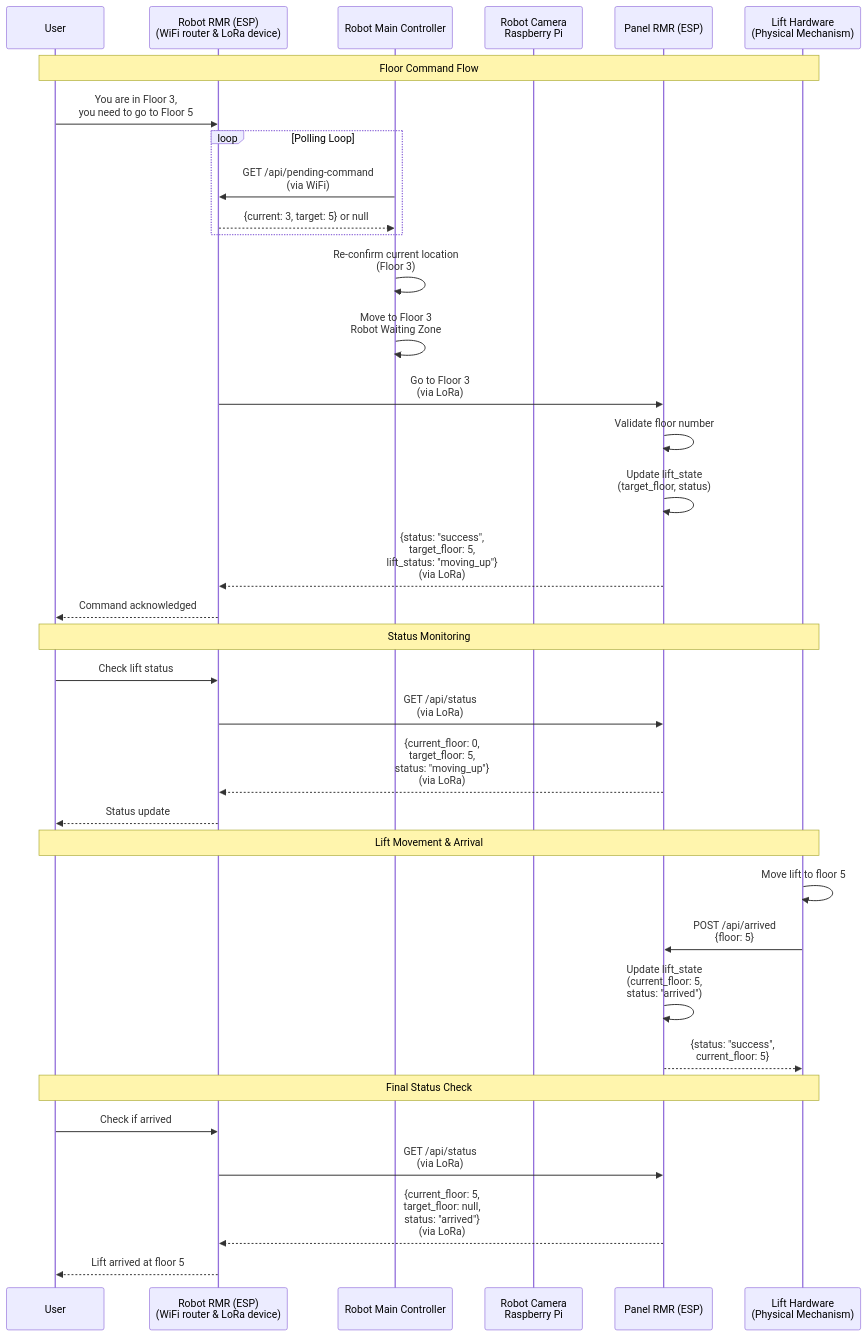
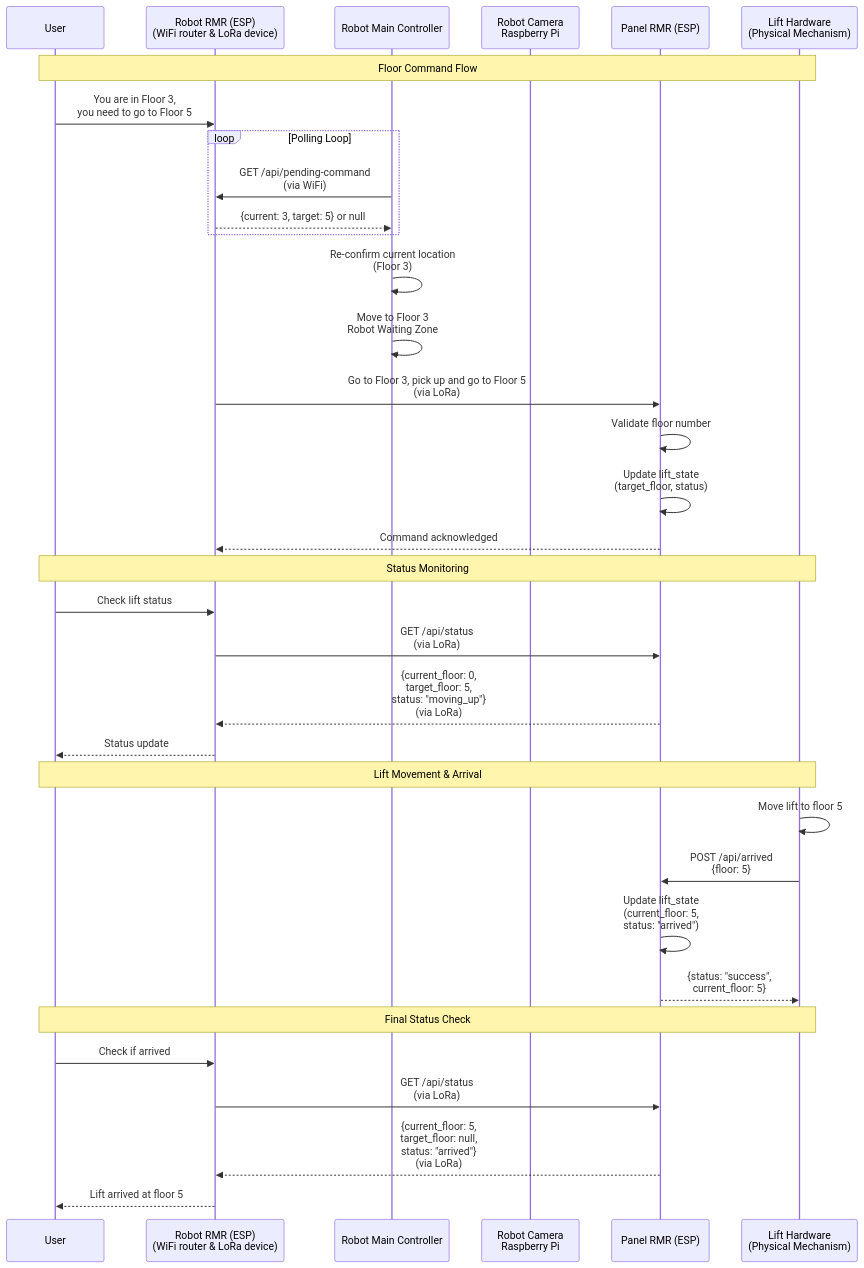
The first of 2 diagrams in sequence_diagram.md (in-is-ah/rmr), drawn with Mermaid before and after one commit.

Commit message:
Update lift service command in sequence diagram

````diff
--- a/sequence_diagram.md
+++ b/sequence_diagram.md
@@ -5,41 +5,40 @@
 ```mermaid
 sequenceDiagram
     participant User
     participant ClientPi as Robot RMR (ESP)<br/>(WiFi router & LoRa device)
     participant RobotMainController as Robot Main Controller
     participant CameraModule as Robot Camera<br/>Raspberry Pi
     participant LiftService as Panel RMR (ESP)
     participant LiftHardware as Lift Hardware<br/>(Physical Mechanism)
 
     Note over User,LiftHardware: Floor Command Flow
     User->>ClientPi: You are in Floor 3,<br/>you need to go to Floor 5
     loop Polling Loop
         RobotMainController->>ClientPi: GET /api/pending-command<br/>(via WiFi)
         ClientPi-->>RobotMainController: {current: 3, target: 5} or null
     end
     RobotMainController->>RobotMainController: Re-confirm current location<br/>(Floor 3)
     RobotMainController->>RobotMainController: Move to Floor 3<br/>Robot Waiting Zone
-    ClientPi->>LiftService: Go to Floor 3<br/>(via LoRa)
+    ClientPi->>LiftService: Go to Floor 3, pick up and go to Floor 5<br/>(via LoRa)
     LiftService->>LiftService: Validate floor number
     LiftService->>LiftService: Update lift_state<br/>(target_floor, status)
-    LiftService-->>ClientPi: {status: "success",<br/>target_floor: 5,<br/>lift_status: "moving_up"}<br/>(via LoRa)
-    ClientPi-->>User: Command acknowledged
+    LiftService-->>ClientPi: Command acknowledged
     
     Note over User,LiftHardware: Status Monitoring
     User->>ClientPi: Check lift status
     ClientPi->>LiftService: GET /api/status<br/>(via LoRa)
     LiftService-->>ClientPi: {current_floor: 0,<br/>target_floor: 5,<br/>status: "moving_up"}<br/>(via LoRa)
     ClientPi-->>User: Status update
     
     Note over User,LiftHardware: Lift Movement & Arrival
     LiftHardware->>LiftHardware: Move lift to floor 5
     LiftHardware->>LiftService: POST /api/arrived<br/>{floor: 5}
     LiftService->>LiftService: Update lift_state<br/>(current_floor: 5,<br/>status: "arrived")
     LiftService-->>LiftHardware: {status: "success",<br/>current_floor: 5}
     
     Note over User,LiftHardware: Final Status Check
     User->>ClientPi: Check if arrived
     ClientPi->>LiftService: GET /api/status<br/>(via LoRa)
     LiftService-->>ClientPi: {current_floor: 5,<br/>target_floor: null,<br/>status: "arrived"}<br/>(via LoRa)
     ClientPi-->>User: Lift arrived at floor 5
 ```
````
